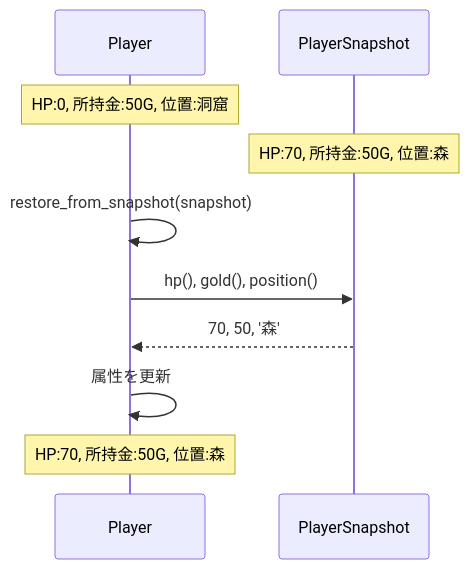
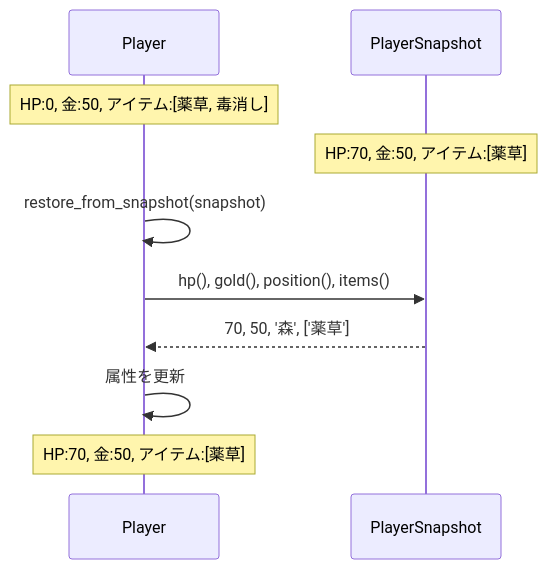
The first of 6 diagrams in content/post/2026/01/13/232315.md (nqou-net/www.nqou.net), drawn with Mermaid before and after one commit. The commit also changed other lines of this file and 2 other files, not shown here.

````diff
--- a/content/post/2026/01/13/232315.md
+++ b/content/post/2026/01/13/232315.md
@@ -61,13 +61,13 @@
 ```mermaid
 sequenceDiagram
     participant P as Player
     participant S as PlayerSnapshot
     
-    Note over P: HP:0, 所持金:50G, 位置:洞窟
-    Note over S: HP:70, 所持金:50G, 位置:森
+    Note over P: HP:0, 金:50, アイテム:[薬草, 毒消し]
+    Note over S: HP:70, 金:50, アイテム:[薬草]
     P->>P: restore_from_snapshot(snapshot)
-    P->>S: hp(), gold(), position()
-    S-->>P: 70, 50, '森'
+    P->>S: hp(), gold(), position(), items()
+    S-->>P: 70, 50, '森', ['薬草']
     P->>P: 属性を更新
-    Note over P: HP:70, 所持金:50G, 位置:森
+    Note over P: HP:70, 金:50, アイテム:[薬草]
 ```
````
